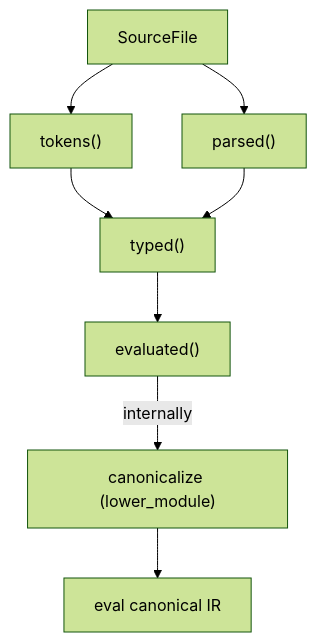
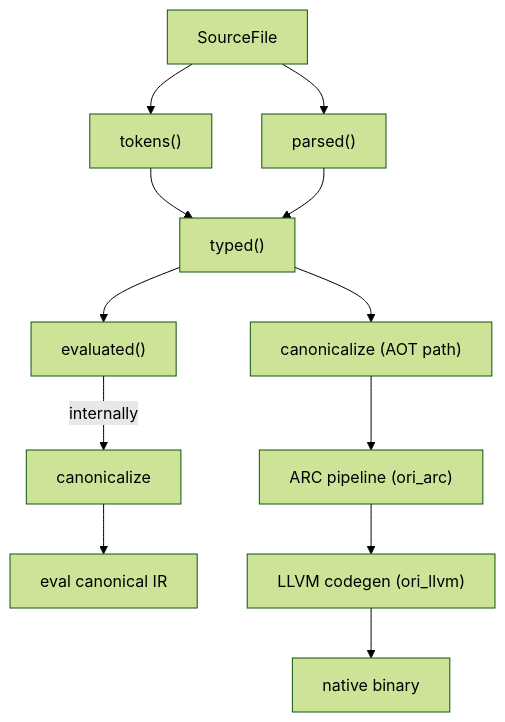
Before and after one commit to upstat-io/ori-lang: the diagram in docs/compiler/design/01-architecture/pipeline.md, drawn with Mermaid (forest theme). The commit also changed other lines of this file and 78 other files, not shown here.

First line of the commit message:
feat: implement seamless slices with runtime encoding and LLVM codegen

````diff
--- a/docs/compiler/design/01-architecture/pipeline.md
+++ b/docs/compiler/design/01-architecture/pipeline.md
@@ -152,10 +188,14 @@
 ```mermaid
 flowchart TB
     A["SourceFile"] --> B["tokens()"]
     A --> C["parsed()"]
     B --> D["typed()"]
     C --> D
     D --> E["evaluated()"]
-    E -->|"internally"| F["canonicalize (lower_module)"]
+    E -->|"internally"| F["canonicalize"]
     F --> G["eval canonical IR"]
+    D --> H["canonicalize (AOT path)"]
+    H --> I["ARC pipeline (ori_arc)"]
+    I --> J["LLVM codegen (ori_llvm)"]
+    J --> K["native binary"]
 ```
````
